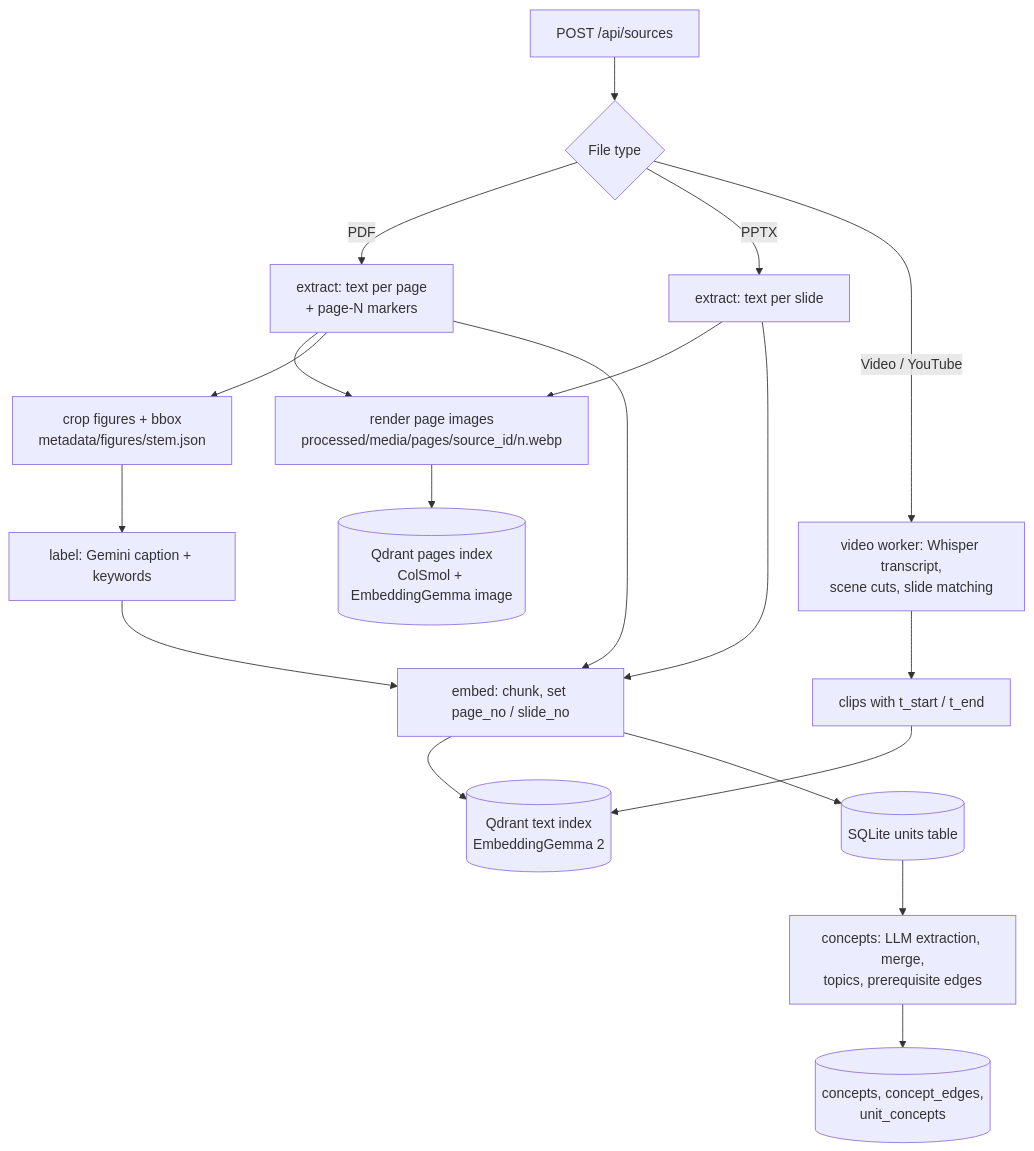
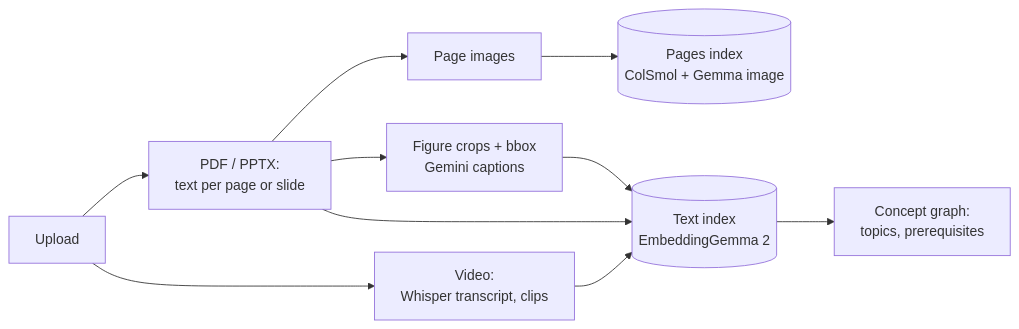
The second of 5 diagrams in README.md (Aryan1092raj/Loopers), drawn with Mermaid before and after one commit. The commit also changed other lines of this file, not shown here.

````diff
--- a/README.md
+++ b/README.md
@@ -135,21 +54,12 @@
 ```mermaid
-flowchart TD
-    U[POST /api/sources] --> K{File type}
-    K -->|PDF| P[extract: text per page<br/>+ page-N markers]
-    K -->|PPTX| SL[extract: text per slide]
-    K -->|Video / YouTube| VW[video worker: Whisper transcript,<br/>scene cuts, slide matching]
-    P --> PI[render page images<br/>processed/media/pages/source_id/n.webp]
-    SL --> PI
-    P --> FIG[crop figures + bbox<br/>metadata/figures/stem.json]
-    FIG --> LB[label: Gemini caption + keywords]
-    P --> CH[embed: chunk, set page_no / slide_no]
-    SL --> CH
-    LB --> CH
-    VW --> CL[clips with t_start / t_end]
-    CH --> Q[(Qdrant text index<br/>EmbeddingGemma 2)]
-    CL --> Q
-    PI --> PG[(Qdrant pages index<br/>ColSmol + EmbeddingGemma image)]
-    CH --> DB[(SQLite units table)]
-    DB --> CB[concepts: LLM extraction, merge,<br/>topics, prerequisite edges]
-    CB --> CG[(concepts, concept_edges,<br/>unit_concepts)]
+flowchart LR
+    U[Upload] --> PDF[PDF / PPTX:<br/>text per page or slide]
+    U --> VID[Video:<br/>Whisper transcript, clips]
+    PDF --> IMG[Page images]
+    PDF --> FIG[Figure crops + bbox<br/>Gemini captions]
+    PDF --> TXT[(Text index<br/>EmbeddingGemma 2)]
+    FIG --> TXT
+    VID --> TXT
+    IMG --> PG[(Pages index<br/>ColSmol + Gemma image)]
+    TXT --> CB[Concept graph:<br/>topics, prerequisites]
 ```
````
